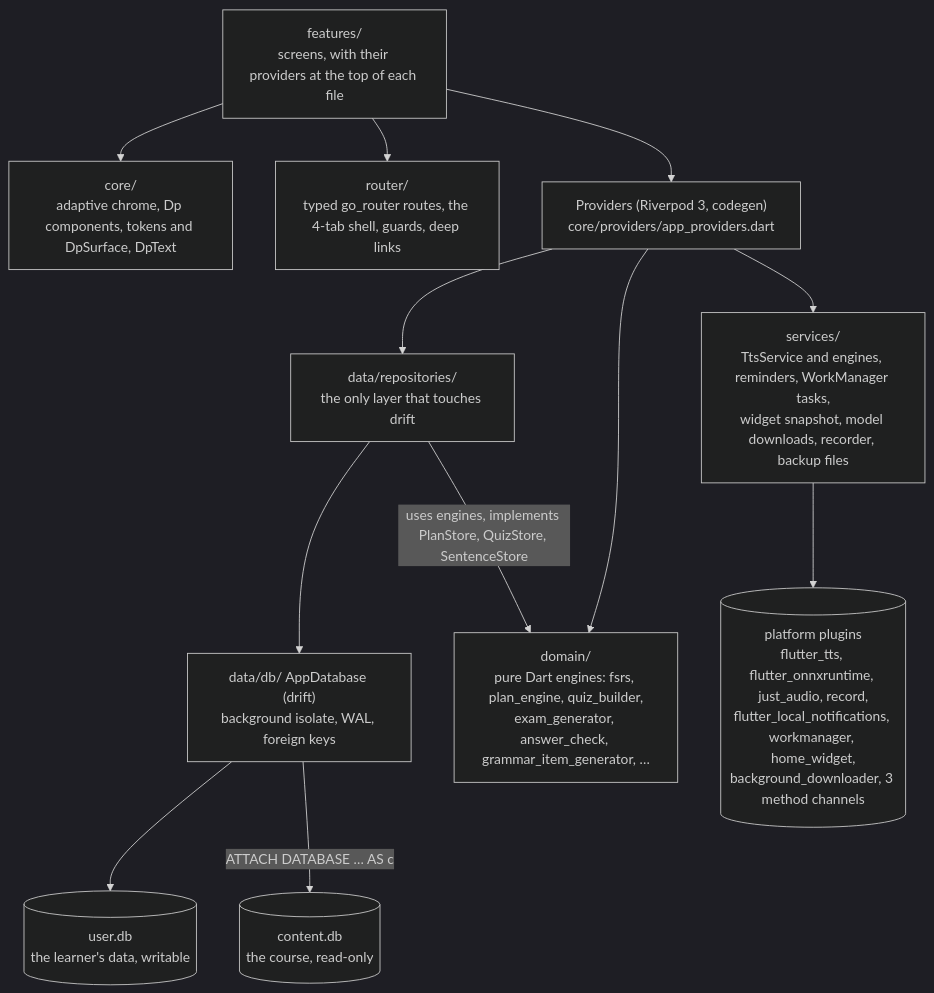
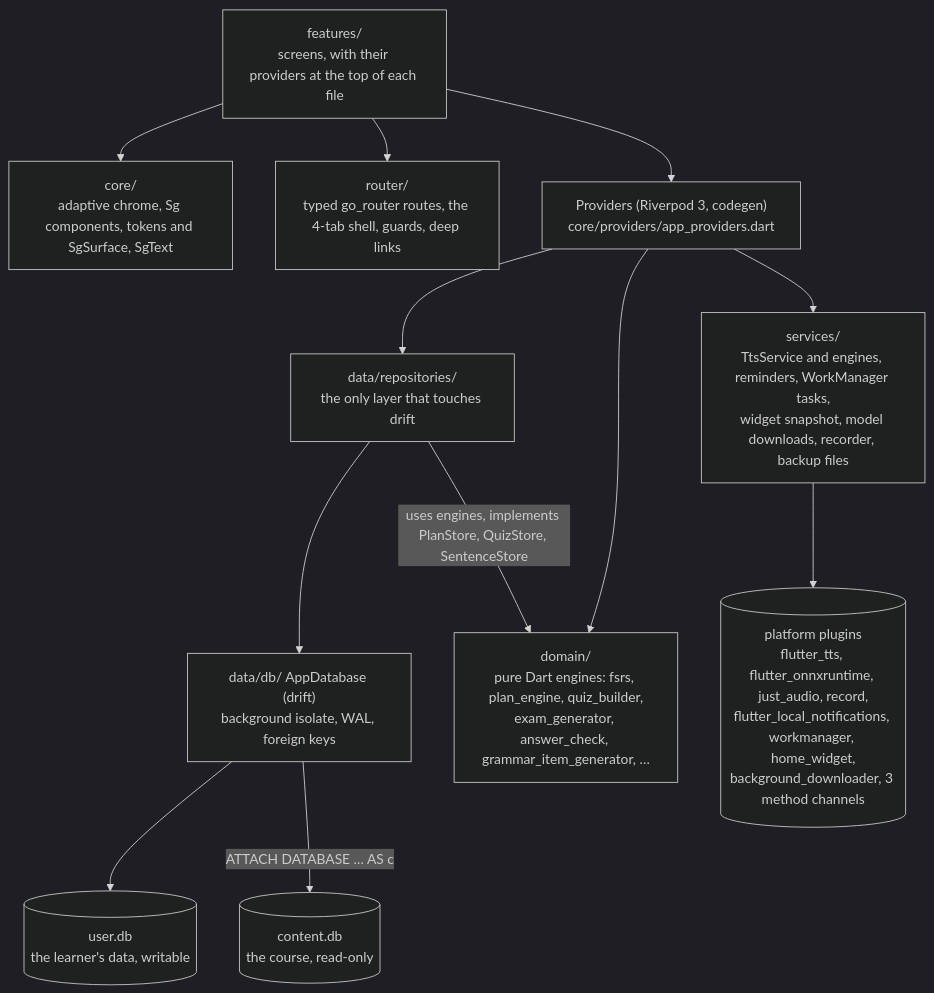
One commit to MdRahmatUllah/DeutschPlan changed the first of 3 diagrams in docs/handbook/04-architecture.md. Above: the diagram before and after it, drawn with Mermaid (dark theme). The commit also changed other lines of this file and 484 other files, not shown here.

````diff
--- a/docs/handbook/04-architecture.md
+++ b/docs/handbook/04-architecture.md
@@ -23,26 +23,26 @@
 ```mermaid
 flowchart TD
   F["features/<br/>screens, with their providers at the top of each file"]
-  K["core/<br/>adaptive chrome, Dp components, tokens and DpSurface, DpText"]
+  K["core/<br/>adaptive chrome, Sg components, tokens and SgSurface, SgText"]
   RT["router/<br/>typed go_router routes, the 4-tab shell, guards, deep links"]
   P["Providers (Riverpod 3, codegen)<br/>core/providers/app_providers.dart"]
   R["data/repositories/<br/>the only layer that touches drift"]
   DB["data/db/ AppDatabase (drift)<br/>background isolate, WAL, foreign keys"]
   U[("user.db<br/>the learner's data, writable")]
   C[("content.db<br/>the course, read-only")]
   E["domain/<br/>pure Dart engines: fsrs, plan_engine, quiz_builder,<br/>exam_generator, answer_check, grammar_item_generator, …"]
   S["services/<br/>TtsService and engines, reminders, WorkManager tasks,<br/>widget snapshot, model downloads, recorder, backup files"]
   PL[("platform plugins<br/>flutter_tts, flutter_onnxruntime, just_audio, record,<br/>flutter_local_notifications, workmanager, home_widget,<br/>background_downloader, 3 method channels")]
 
   F --> K
   F --> RT
   F --> P
   P --> R
   P --> S
   P --> E
   R -- "uses engines, implements PlanStore, QuizStore, SentenceStore" --> E
   R --> DB
   DB --> U
   DB -- "ATTACH DATABASE … AS c" --> C
   S --> PL
 ```
````
